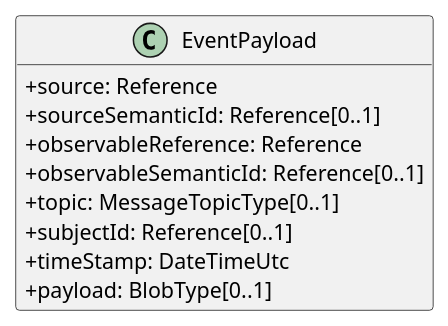
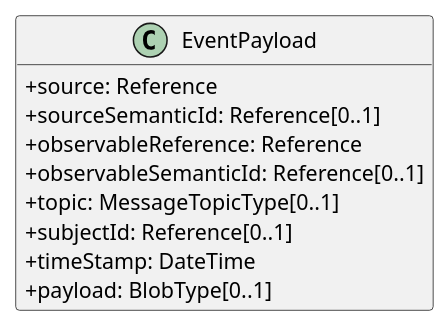
The diagram in output/classes/EventPayload.puml (zrgt/py2puml), drawn with PlantUML before and after one commit. The commit also changed 7 other files, not shown here.

Commit message:
Rename "DateTimeUtc" to "DateTime"

```diff
--- a/output/classes/EventPayload.puml
+++ b/output/classes/EventPayload.puml
@@ -1,15 +1,15 @@
 @startuml
 skinparam classAttributeIconSize 0
 hide methods
 
 class EventPayload {
   +source: Reference 
   +sourceSemanticId: Reference[0..1] 
   +observableReference: Reference 
   +observableSemanticId: Reference[0..1] 
   +topic: MessageTopicType[0..1] 
   +subjectId: Reference[0..1] 
-  +timeStamp: DateTimeUtc 
+  +timeStamp: DateTime 
   +payload: BlobType[0..1] 
 }
 @enduml
```
